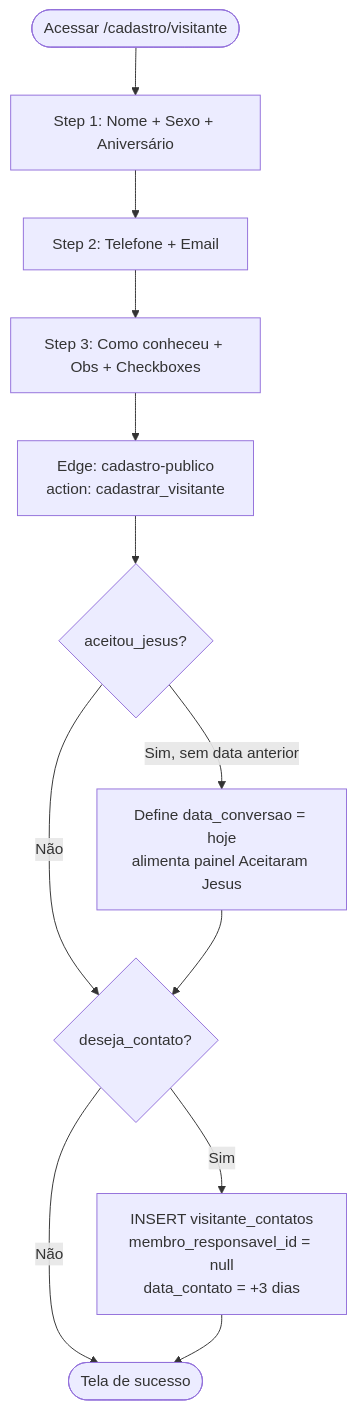
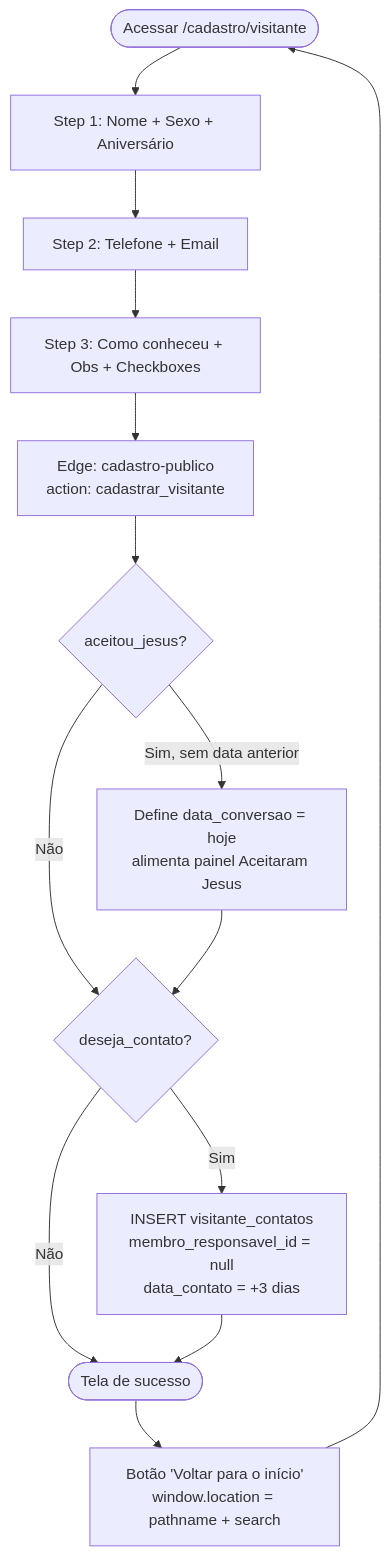
The fourth of 6 diagrams in docs/diagramas/fluxo-pessoas.md (adrianoapc/igreja-carvalho), drawn with Mermaid before and after one commit. The commit also changed other lines of this file and 1 other file, not shown here.

````diff
--- a/docs/diagramas/fluxo-pessoas.md
+++ b/docs/diagramas/fluxo-pessoas.md
@@ -60,14 +60,16 @@
 ```mermaid
 flowchart TD
     A([Acessar /cadastro/visitante]) --> S1[Step 1: Nome + Sexo + Aniversário]
     S1 --> S2[Step 2: Telefone + Email]
     S2 --> S3[Step 3: Como conheceu + Obs + Checkboxes]
     S3 --> SUB[Edge: cadastro-publico<br/>action: cadastrar_visitante]
     SUB --> CONV{aceitou_jesus?}
     CONV -->|Sim, sem data anterior| DC[Define data_conversao = hoje<br/>alimenta painel Aceitaram Jesus]
     CONV -->|Não| CT
     DC --> CT{deseja_contato?}
     CT -->|Sim| AG[INSERT visitante_contatos<br/>membro_responsavel_id = null<br/>data_contato = +3 dias]
     CT -->|Não| OK
     AG --> OK([Tela de sucesso])
+    OK --> BT[Botão 'Voltar para o início'<br/>window.location = pathname + search]
+    BT --> A
 ```
````
